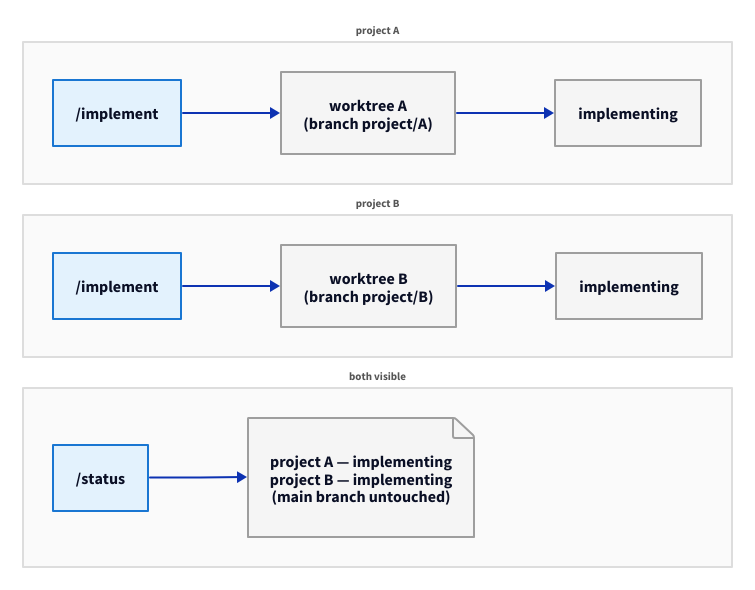
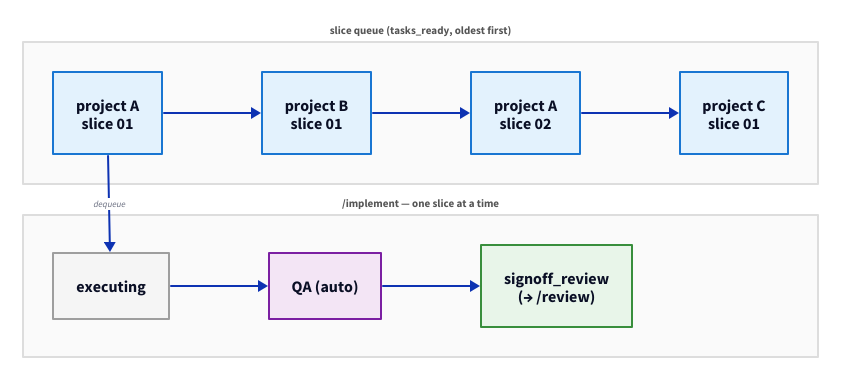
The diagram in docs/diagrams/concurrent-projects.d2 (bcokert/command-init-orchestrator), drawn with D2 before and after one commit. The commit also changed 54 other files, not shown here.

```diff
--- a/docs/diagrams/concurrent-projects.d2
+++ b/docs/diagrams/concurrent-projects.d2
@@ -1,97 +1,83 @@
 vars: {
   d2-config: {
     layout-engine: dagre
     pad: 0
   }
   colors: {
     design: "#e3f2fd"
     design-border: "#1976D2"
     impl: "#f5f5f5"
     impl-border: "#9e9e9e"
     qa: "#f3e5f5"
     qa-border: "#7B1FA2"
     archive: "#e8f5e9"
     archive-border: "#388E3C"
-    feedback: "#fff3e0"
-    feedback-border: "#FF9800"
     lc: "#555555"
   }
 }
 
 grid: "" {
-  grid-rows: 3
+  grid-rows: 2
   grid-gap: 12
   style.stroke: transparent
   style.fill: transparent
 
-  row1: "project A" {
+  row1: "slice queue (tasks_ready, oldest first)" {
     direction: right
     style.fill: "#fafafa"
     style.stroke: "#dddddd"
     style.font-size: 11
     style.bold: true
     style.font-color: ${colors.lc}
 
-    imp_a: /implement {
+    s1a: "project A\nslice 01" {
       style.fill: ${colors.design}
       style.stroke: ${colors.design-border}
     }
-    wt_a: "worktree A\n(branch project/A)" {
-      style.fill: ${colors.impl}
-      style.stroke: ${colors.impl-border}
+    s2a: "project B\nslice 01" {
+      style.fill: ${colors.design}
+      style.stroke: ${colors.design-border}
     }
-    tasks_a: implementing {
-      style.fill: ${colors.impl}
-      style.stroke: ${colors.impl-border}
+    s3a: "project A\nslice 02" {
+      style.fill: ${colors.design}
+      style.stroke: ${colors.design-border}
+    }
+    s4a: "project C\nslice 01" {
+      style.fill: ${colors.design}
+      style.stroke: ${colors.design-border}
     }
 
-    imp_a -> wt_a
-    wt_a -> tasks_a
+    s1a -> s2a
+    s2a -> s3a
+    s3a -> s4a
   }
 
-  row2: "project B" {
+  row2: "/implement — one slice at a time" {
     direction: right
     style.fill: "#fafafa"
     style.stroke: "#dddddd"
     style.font-size: 11
     style.bold: true
     style.font-color: ${colors.lc}
 
-    imp_b: /implement {
-      style.fill: ${colors.design}
-      style.stroke: ${colors.design-border}
-    }
-    wt_b: "worktree B\n(branch project/B)" {
+    executor: executing {
       style.fill: ${colors.impl}
       style.stroke: ${colors.impl-border}
     }
-    tasks_b: implementing {
-      style.fill: ${colors.impl}
-      style.stroke: ${colors.impl-border}
+    qa_step: "QA (auto)" {
+      style.fill: ${colors.qa}
+      style.stroke: ${colors.qa-border}
+    }
+    signoff: "signoff_review\n(→ /review)" {
+      style.fill: ${colors.archive}
+      style.stroke: ${colors.archive-border}
     }
 
-    imp_b -> wt_b
-    wt_b -> tasks_b
-  }
-
-  row3: "both visible" {
-    direction: right
-    style.fill: "#fafafa"
-    style.stroke: "#dddddd"
-    style.font-size: 11
-    style.bold: true
-    style.font-color: ${colors.lc}
-
-    status: /status {
-      style.fill: ${colors.design}
-      style.stroke: ${colors.design-border}
-    }
-    table: "project A — implementing\nproject B — implementing\n(main branch untouched)" {
-      shape: page
-      style.fill: ${colors.impl}
-      style.stroke: ${colors.impl-border}
-    }
-
-    status -> table
+    executor -> qa_step
+    qa_step -> signoff
   }
 }
+
+grid.row1.s1a -> grid.row2.executor: dequeue {
+  style.font-size: 9
+}
```
